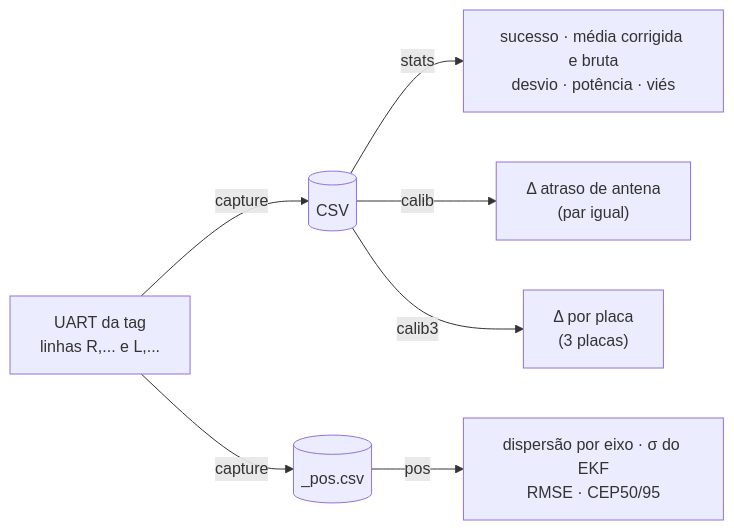
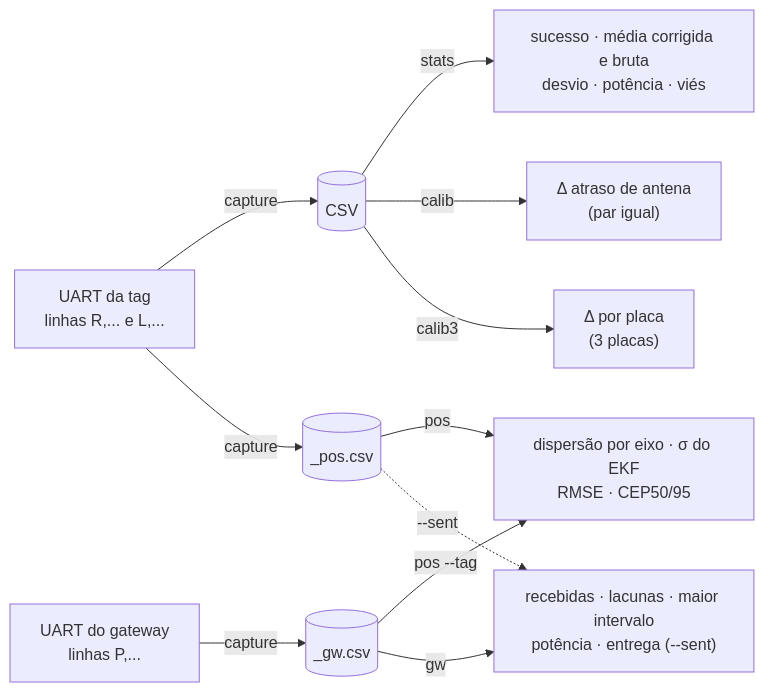
One commit to MauroTony/dwm1001-rtls-fw changed diagram 11 of 15 in docs/09-guia-do-codigo.md. Above: the diagram before and after it, drawn with Mermaid. The commit also changed other lines of this file and 3 other files, not shown here.

First line of the commit message:
docs: document the M5 gateway CSV, round gap counting and delivery analysis

````diff
--- a/docs/09-guia-do-codigo.md
+++ b/docs/09-guia-do-codigo.md
@@ -442,9 +462,13 @@
 ```mermaid
 flowchart LR
     uart["UART da tag<br/>linhas R,... e L,..."] -->|capture| csv[("CSV")]
     uart -->|capture| pcsv[("_pos.csv")]
+    guart["UART do gateway<br/>linhas P,..."] -->|capture| gcsv[("_gw.csv")]
     csv -->|stats| s["sucesso · média corrigida e bruta<br/>desvio · potência · viés"]
     pcsv -->|pos| ps["dispersão por eixo · σ do EKF<br/>RMSE · CEP50/95"]
+    gcsv -->|pos --tag| ps
+    gcsv -->|gw| gs["recebidas · lacunas · maior intervalo<br/>potência · entrega (--sent)"]
+    pcsv -.->|--sent| gs
     csv -->|calib| c1["Δ atraso de antena<br/>(par igual)"]
     csv -->|calib3| c3["Δ por placa<br/>(3 placas)"]
 ```
````
